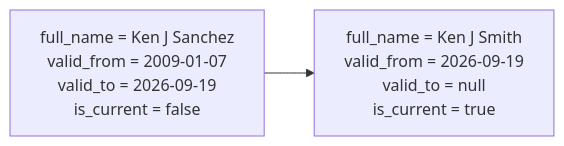
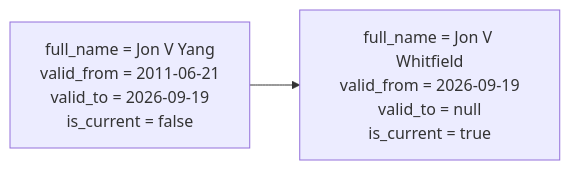
Before and after one commit to ultramanguan/dbt-dimensional-model: the second of 2 diagrams in docs/part04b-slowly-changing-dimensions.md, drawn with Mermaid. The commit also changed other lines of this file and 3 other files, not shown here.

````diff
--- a/docs/part04b-slowly-changing-dimensions.md
+++ b/docs/part04b-slowly-changing-dimensions.md
@@ -73,4 +83,4 @@
 ```mermaid
 flowchart LR
-    R1["full_name = Ken J Sanchez\nvalid_from = 2009-01-07\nvalid_to = 2026-09-19\nis_current = false"] --> R2["full_name = Ken J Smith\nvalid_from = 2026-09-19\nvalid_to = null\nis_current = true"]
+    R1["full_name = Jon V Yang\nvalid_from = 2011-06-21\nvalid_to = 2026-09-19\nis_current = false"] --> R2["full_name = Jon V Whitfield\nvalid_from = 2026-09-19\nvalid_to = null\nis_current = true"]
 ```
````
